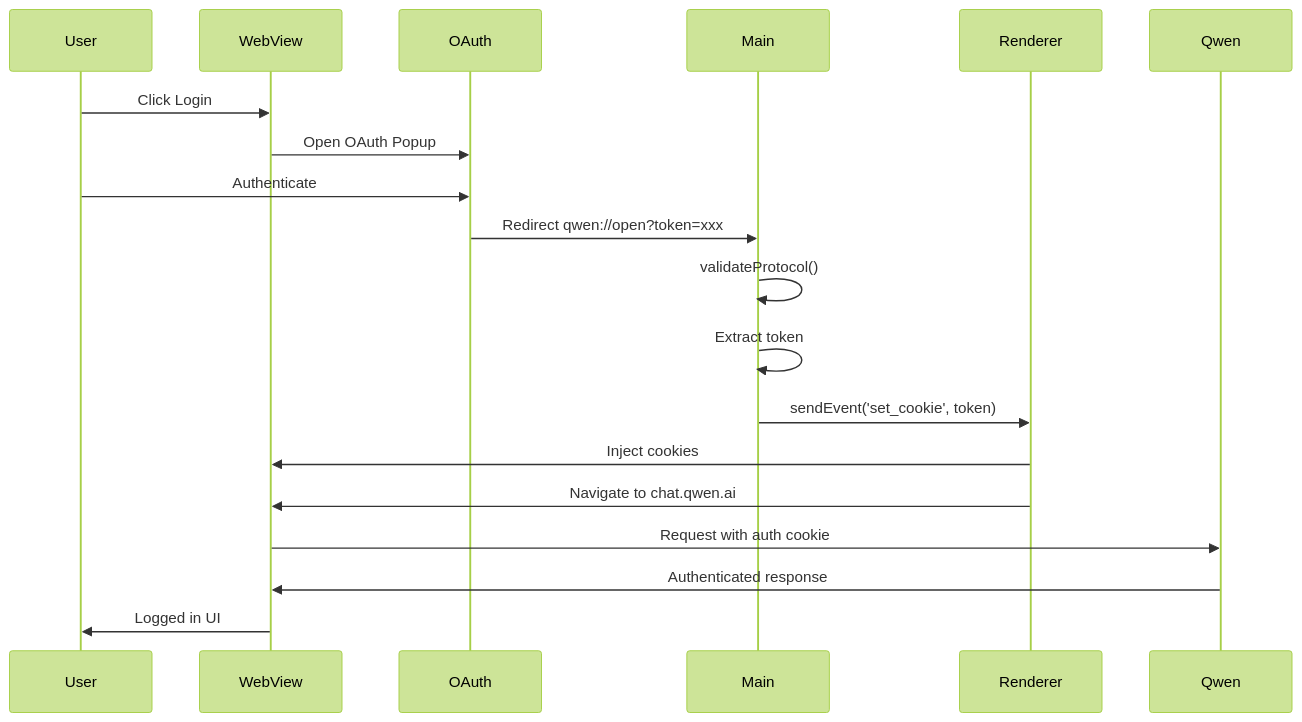
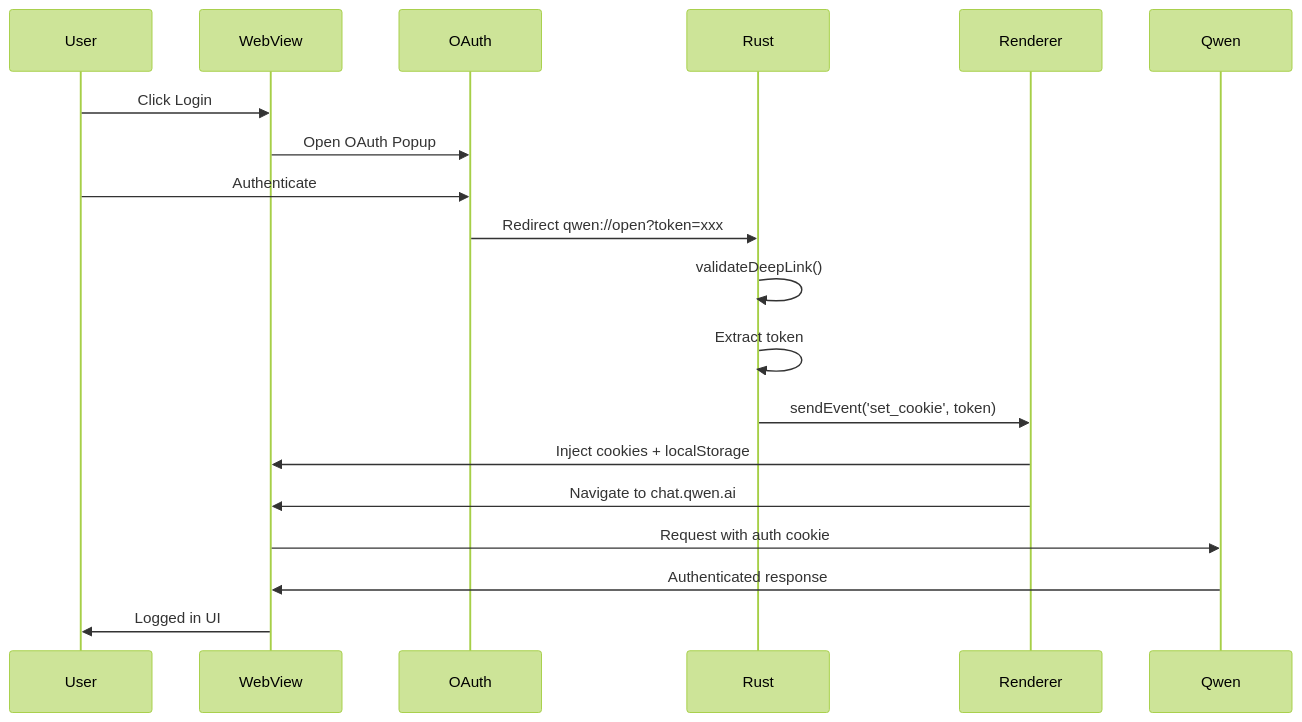
Before and after one commit to LeanBitLab/qwenLean: the second of 2 diagrams in README.md, drawn with Mermaid (forest theme). The commit also changed other lines of this file and 1 other file, not shown here.

````diff
--- a/README.md
+++ b/README.md
@@ -156,21 +107,21 @@
 ```mermaid
 sequenceDiagram
     participant User
     participant WebView
     participant OAuth
-    participant Main
+    participant Rust
     participant Renderer
 
     User->>WebView: Click Login
     WebView->>OAuth: Open OAuth Popup
     User->>OAuth: Authenticate
-    OAuth->>Main: Redirect qwen://open?token=xxx
-    Main->>Main: validateProtocol()
-    Main->>Main: Extract token
-    Main->>Renderer: sendEvent('set_cookie', token)
-    Renderer->>WebView: Inject cookies
+    OAuth->>Rust: Redirect qwen://open?token=xxx
+    Rust->>Rust: validateDeepLink()
+    Rust->>Rust: Extract token
+    Rust->>Renderer: sendEvent('set_cookie', token)
+    Renderer->>WebView: Inject cookies + localStorage
     Renderer->>WebView: Navigate to chat.qwen.ai
     WebView->>Qwen: Request with auth cookie
     Qwen->>WebView: Authenticated response
     WebView->>User: Logged in UI
 ```
````
